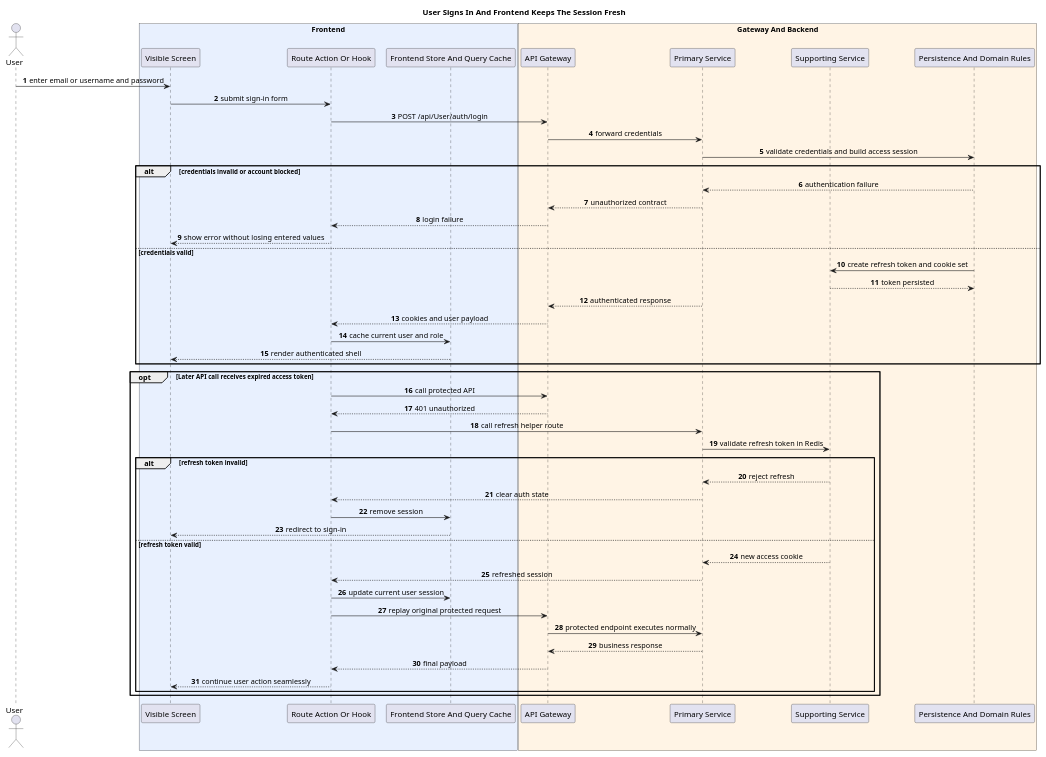
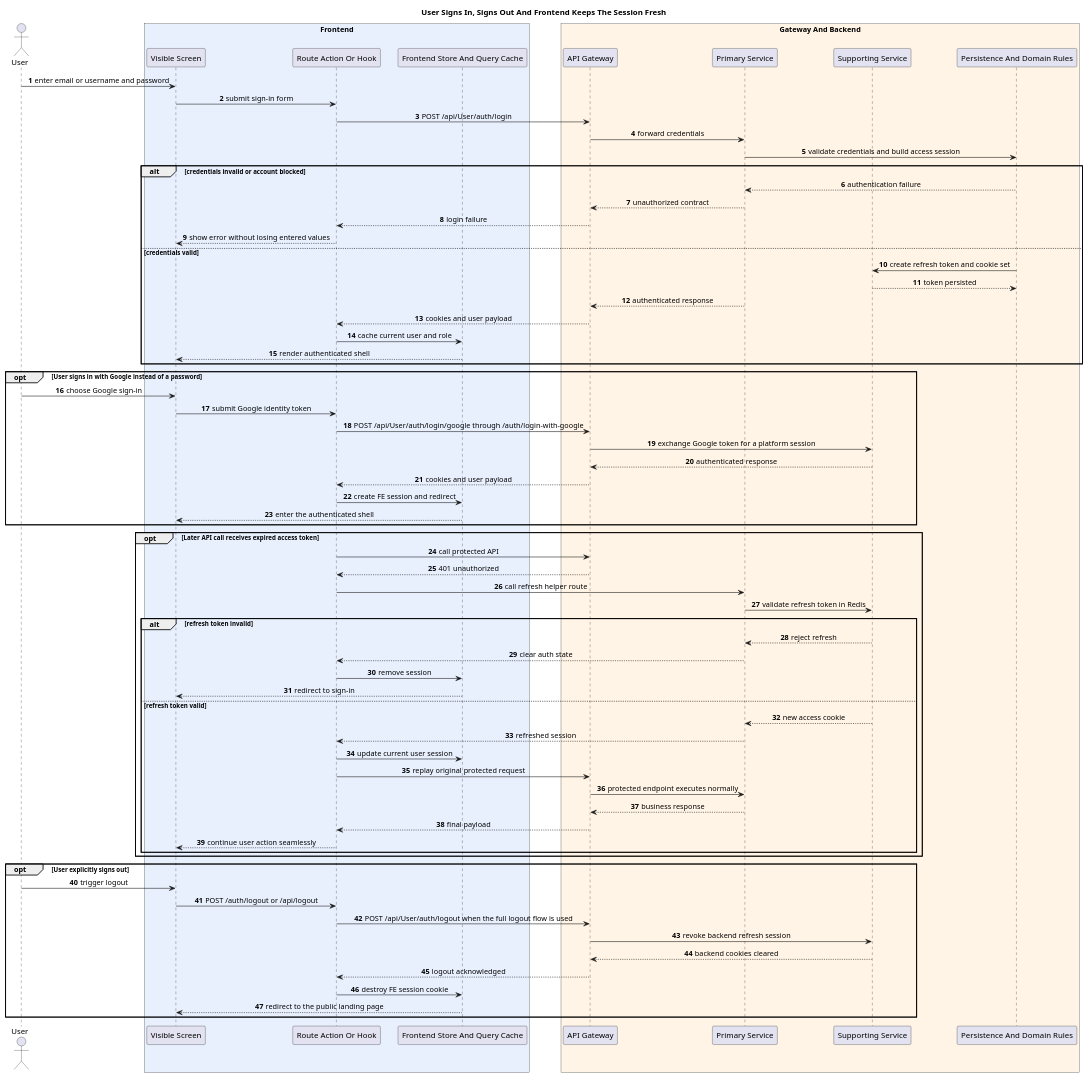
The second of 2 diagrams in plantuml/features/meai-user-sign-in-and-session-refresh.puml (VKev/MeAI-BE), drawn with PlantUML before and after one commit. The commit also changed other lines of this file and 9 other files, not shown here.

```diff
--- a/plantuml/features/meai-user-sign-in-and-session-refresh.puml
+++ b/plantuml/features/meai-user-sign-in-and-session-refresh.puml
@@ -71,58 +71,78 @@
 @startuml
-title User Signs In And Frontend Keeps The Session Fresh
+title User Signs In, Signs Out And Frontend Keeps The Session Fresh
 autonumber
 skinparam shadowing false
 skinparam sequenceMessageAlign center
 actor User
 box "Frontend" #E8F0FE
 participant "Visible Screen" as Screen
 participant "Route Action Or Hook" as Hook
 participant "Frontend Store And Query Cache" as Store
 end box
 box "Gateway And Backend" #FFF4E5
 participant "API Gateway" as Gateway
 participant "Primary Service" as PrimaryService
 participant "Supporting Service" as SupportingService
 participant "Persistence And Domain Rules" as DomainLayer
 end box
 
 User -> Screen : enter email or username and password
 Screen -> Hook : submit sign-in form
 Hook -> Gateway : POST /api/User/auth/login
 Gateway -> PrimaryService : forward credentials
 PrimaryService -> DomainLayer : validate credentials and build access session
 alt credentials invalid or account blocked
   DomainLayer --> PrimaryService : authentication failure
   PrimaryService --> Gateway : unauthorized contract
   Gateway --> Hook : login failure
   Hook --> Screen : show error without losing entered values
 else credentials valid
   DomainLayer -> SupportingService : create refresh token and cookie set
   SupportingService --> DomainLayer : token persisted
   PrimaryService --> Gateway : authenticated response
   Gateway --> Hook : cookies and user payload
   Hook -> Store : cache current user and role
   Store --> Screen : render authenticated shell
 end
+opt User signs in with Google instead of a password
+  User -> Screen : choose Google sign-in
+  Screen -> Hook : submit Google identity token
+  Hook -> Gateway : POST /api/User/auth/login/google through /auth/login-with-google
+  Gateway -> SupportingService : exchange Google token for a platform session
+  SupportingService --> Gateway : authenticated response
+  Gateway --> Hook : cookies and user payload
+  Hook -> Store : create FE session and redirect
+  Store --> Screen : enter the authenticated shell
+end
 opt Later API call receives expired access token
   Hook -> Gateway : call protected API
   Gateway --> Hook : 401 unauthorized
   Hook -> PrimaryService : call refresh helper route
   PrimaryService -> SupportingService : validate refresh token in Redis
   alt refresh token invalid
     SupportingService --> PrimaryService : reject refresh
     PrimaryService --> Hook : clear auth state
     Hook -> Store : remove session
     Store --> Screen : redirect to sign-in
   else refresh token valid
     SupportingService --> PrimaryService : new access cookie
     PrimaryService --> Hook : refreshed session
     Hook -> Store : update current user session
     Hook -> Gateway : replay original protected request
     Gateway -> PrimaryService : protected endpoint executes normally
     PrimaryService --> Gateway : business response
     Gateway --> Hook : final payload
     Hook --> Screen : continue user action seamlessly
   end
 end
+opt User explicitly signs out
+  User -> Screen : trigger logout
+  Screen -> Hook : POST /auth/logout or /api/logout
+  Hook -> Gateway : POST /api/User/auth/logout when the full logout flow is used
+  Gateway -> SupportingService : revoke backend refresh session
+  SupportingService --> Gateway : backend cookies cleared
+  Gateway --> Hook : logout acknowledged
+  Hook -> Store : destroy FE session cookie
+  Store --> Screen : redirect to the public landing page
+end
 @enduml
```
